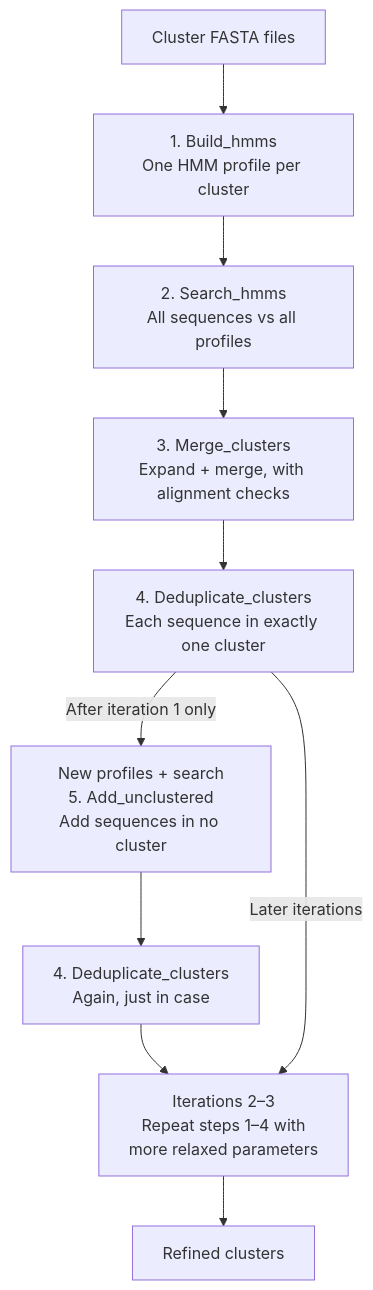
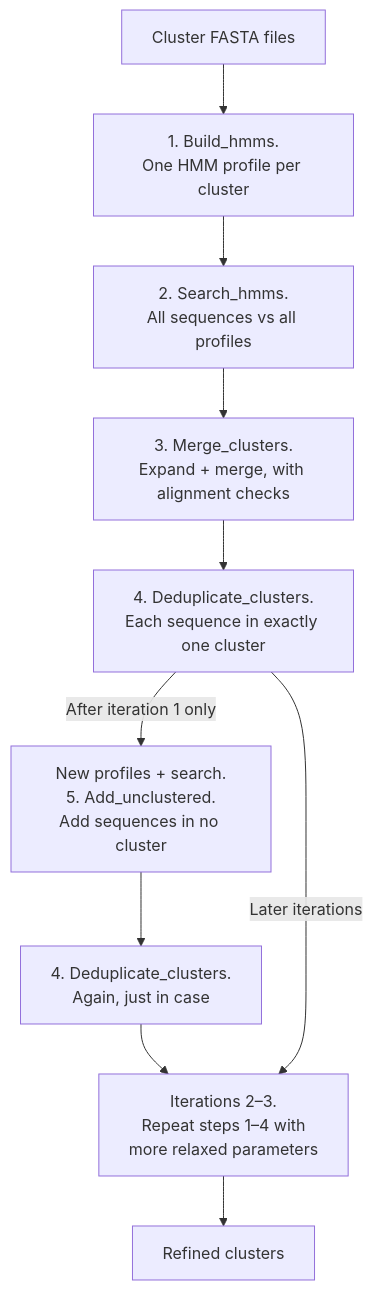
The diagram in README.md (StanStanovich/cog-cluster-refiner), drawn with Mermaid before and after one commit.

Commit message:
Update flowchart labels for clarity

````diff
--- a/README.md
+++ b/README.md
@@ -11,14 +11,14 @@
 ```mermaid
 flowchart TD
-    A["Cluster FASTA files"] --> B["1. Build_hmms\nOne HMM profile per cluster"]
-    B --> C["2. Search_hmms\nAll sequences vs all profiles"]
-    C --> D["3. Merge_clusters\nExpand + merge, with alignment checks"]
-    D --> E["4. Deduplicate_clusters\nEach sequence in exactly one cluster"]
+    A["Cluster FASTA files"] --> B["1. Build_hmms.\nOne HMM profile per cluster"]
+    B --> C["2. Search_hmms.\nAll sequences vs all profiles"]
+    C --> D["3. Merge_clusters.\nExpand + merge, with alignment checks"]
+    D --> E["4. Deduplicate_clusters.\nEach sequence in exactly one cluster"]
 
-    E -->|"After iteration 1 only"| U["New profiles + search\n5. Add_unclustered\nAdd sequences in no cluster"]
-    U --> E2["4. Deduplicate_clusters\nAgain, just in case"]
+    E -->|"After iteration 1 only"| U["New profiles + search.\n5. Add_unclustered.\nAdd sequences in no cluster"]
+    U --> E2["4. Deduplicate_clusters.\nAgain, just in case"]
 
-    E2 --> N["Iterations 2–3\nRepeat steps 1–4 with\nmore relaxed parameters"]
+    E2 --> N["Iterations 2–3.\nRepeat steps 1–4 with\nmore relaxed parameters"]
     E -->|"Later iterations"| N
     N --> F["Refined clusters"]
 ```
````
